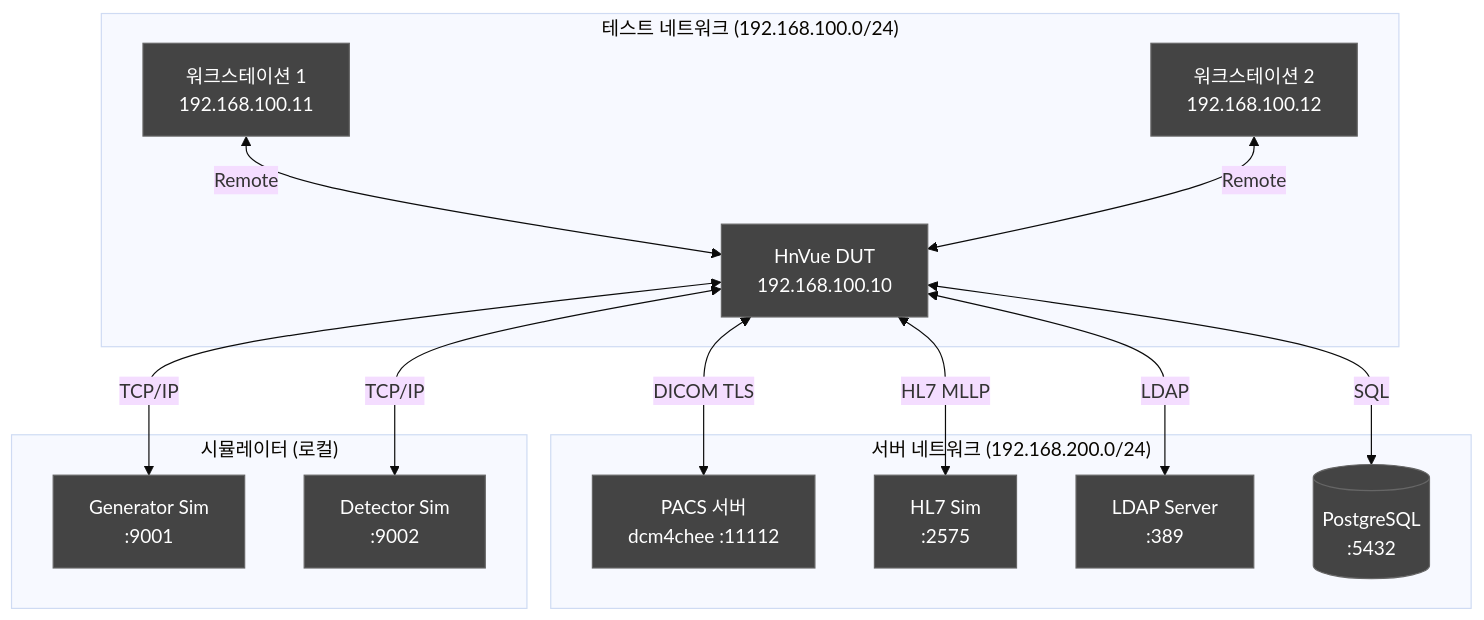
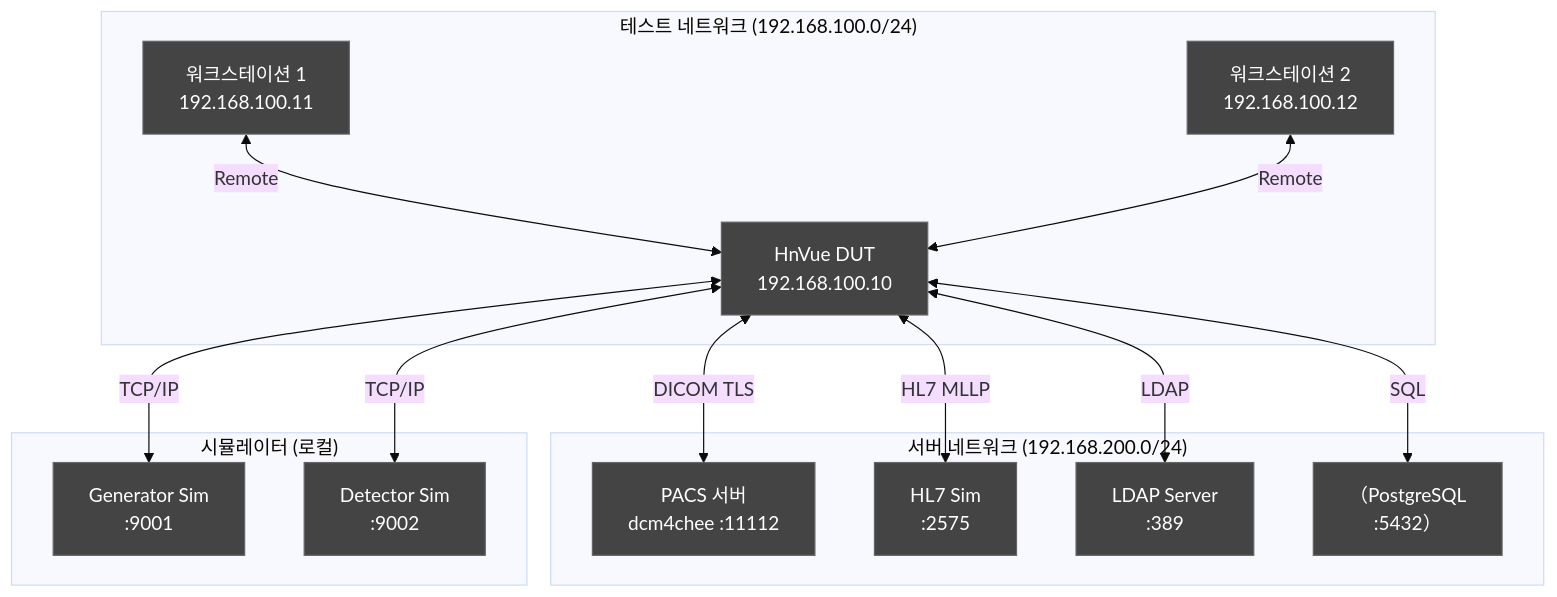
One commit to holee9/console-gui changed the sixth of 7 diagrams in docs/testing/DOC-014_SystemTestPlan_v1.0.md. Above: the diagram before and after it, drawn with Mermaid (base theme). The commit also changed other lines of this file and 22 other files, not shown here.

First line of the commit message:
fix: Mermaid flowchart 노드 내 괄호 파싱 오류 전면 수정

````diff
--- a/docs/testing/DOC-014_SystemTestPlan_v1.0.md
+++ b/docs/testing/DOC-014_SystemTestPlan_v1.0.md
@@ -456,27 +456,27 @@
 ```mermaid
 graph TD
     classDef default fill:#444,stroke:#666,color:#fff
     subgraph "테스트 네트워크 (192.168.100.0/24)"
         DUT[HnVue DUT\n192.168.100.10]
         WS1[워크스테이션 1\n192.168.100.11]
         WS2[워크스테이션 2\n192.168.100.12]
     end
     subgraph "서버 네트워크 (192.168.200.0/24)"
         PACS[PACS 서버\ndcm4chee :11112]
         HL7SIM[HL7 Sim\n:2575]
         LDAP2[LDAP Server\n:389]
-        DB3[(PostgreSQL\n:5432)]
+        DB3[（PostgreSQL\n:5432）]
     end
     subgraph "시뮬레이터 (로컬)"
         GenSim[Generator Sim\n:9001]
         DetSim[Detector Sim\n:9002]
     end
     DUT <-->|DICOM TLS| PACS
     DUT <-->|HL7 MLLP| HL7SIM
     DUT <-->|LDAP| LDAP2
     DUT <-->|SQL| DB3
     DUT <-->|TCP/IP| GenSim
     DUT <-->|TCP/IP| DetSim
     WS1 <-->|Remote| DUT
     WS2 <-->|Remote| DUT
 ```
````
